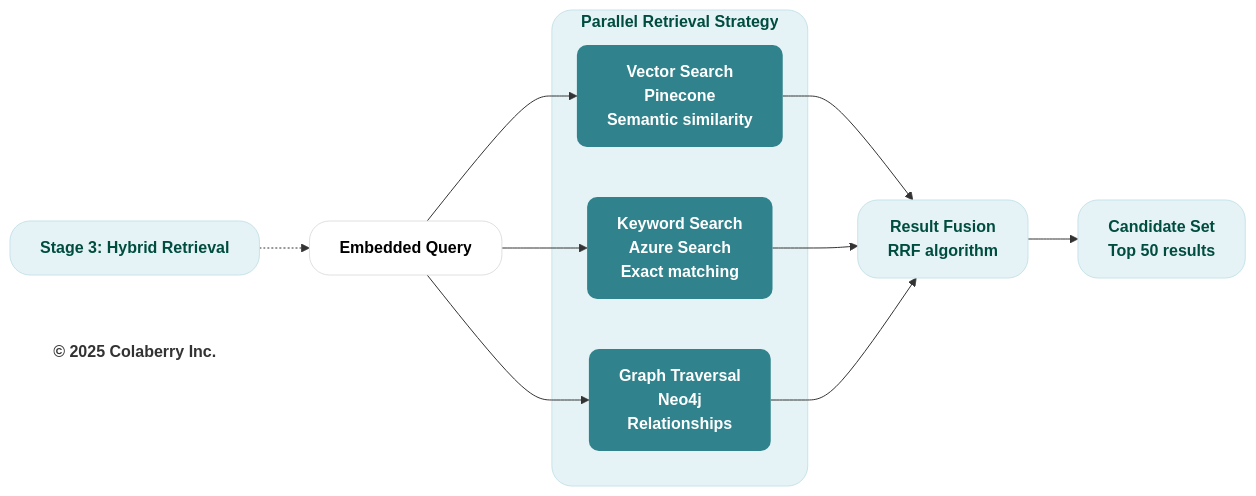
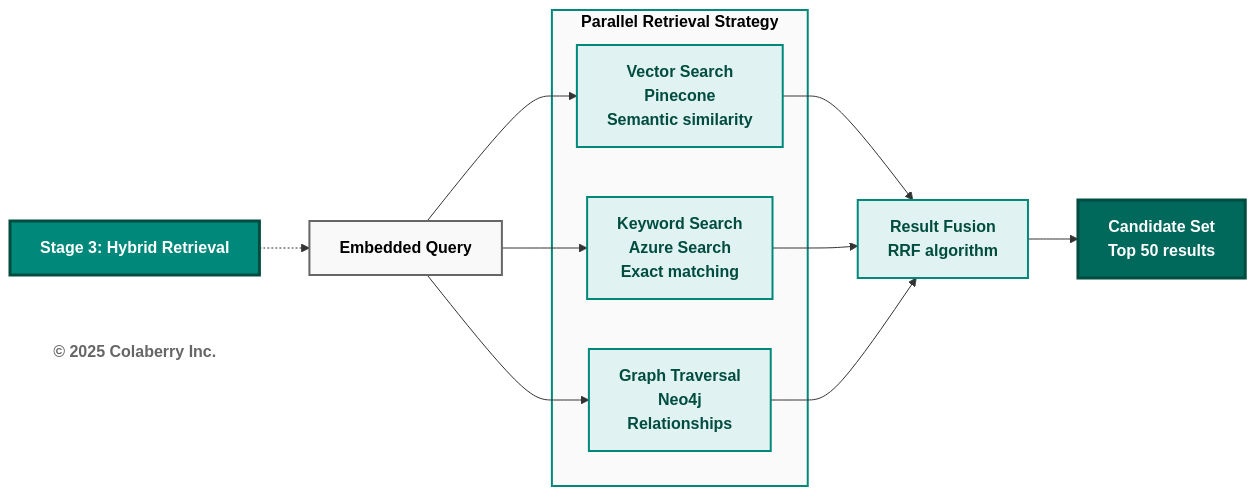
One commit to saitejesh-cyber/trust-before-intelligence-book changed the eighth of 13 diagrams in manuscript/06_chapter_5_intelligence_layers.md. Above: the diagram before and after it, drawn with Mermaid. The commit also changed other lines of this file and 12 other files, not shown here.

Commit message:
Restore legacy Mermaid styles for Option 1

````diff
--- a/manuscript/06_chapter_5_intelligence_layers.md
+++ b/manuscript/06_chapter_5_intelligence_layers.md
@@ -653,37 +642,37 @@
 ```mermaid
 graph LR
     TITLE["<b>Stage 3: Hybrid Retrieval</b>"]
     
     Q["<b>Embedded Query</b>"]
     
     subgraph parallel["<b>Parallel Retrieval Strategy</b>"]
         VEC["<b>Vector Search</b><br/><b>Pinecone</b><br/><b>Semantic similarity</b>"]
         KEY["<b>Keyword Search</b><br/><b>Azure Search</b><br/><b>Exact matching</b>"]
         GRAPH["<b>Graph Traversal</b><br/><b>Neo4j</b><br/><b>Relationships</b>"]
     end
     
     MERGE["<b>Result Fusion</b><br/><b>RRF algorithm</b>"]
     
     OUT["<b>Candidate Set</b><br/><b>Top 50 results</b>"]
     
     TITLE -.-> Q
     Q --> VEC
     Q --> KEY
     Q --> GRAPH
     VEC --> MERGE
     KEY --> MERGE
     GRAPH --> MERGE
     MERGE --> OUT
     
     Copyright["<b>© 2025 Colaberry Inc.</b>"]
     
-    style TITLE fill:#e6f3f6,stroke:#c7e3ea,stroke-width:1px,color:#004d40,rx:20,ry:20
-    style Q fill:#ffffff,stroke:#e0e0e0,stroke-width:1px,color:#000000,rx:20,ry:20
-    style parallel fill:#e6f3f6,stroke:#c7e3ea,stroke-width:1px,color:#004d40,rx:20,ry:20
-    style VEC fill:#30838C,stroke:none,color:#ffffff,rx:10,ry:10
-    style KEY fill:#30838C,stroke:none,color:#ffffff,rx:10,ry:10
-    style GRAPH fill:#30838C,stroke:none,color:#ffffff,rx:10,ry:10
-    style MERGE fill:#e6f3f6,stroke:#c7e3ea,stroke-width:1px,color:#004d40,rx:20,ry:20
-    style OUT fill:#e6f3f6,stroke:#c7e3ea,stroke-width:1px,color:#004d40,rx:20,ry:20
-    style Copyright fill:none,stroke:none,color:#333333
+    style TITLE fill:#00897b,color:#ffffff,stroke:#004d40,stroke-width:3px
+    style Q fill:#f9f9f9,stroke:#666666,stroke-width:2px,color:#000000
+    style parallel fill:#fafafa,stroke:#00897b,stroke-width:2px,color:#000000
+    style VEC fill:#e0f2f1,stroke:#00897b,stroke-width:2px,color:#004d40
+    style KEY fill:#e0f2f1,stroke:#00897b,stroke-width:2px,color:#004d40
+    style GRAPH fill:#e0f2f1,stroke:#00897b,stroke-width:2px,color:#004d40
+    style MERGE fill:#e0f2f1,stroke:#00897b,stroke-width:2px,color:#004d40
+    style OUT fill:#00695c,color:#ffffff,stroke:#004d40,stroke-width:3px
+    style Copyright fill:#ffffff,stroke:none,color:#666666
 ```
````
